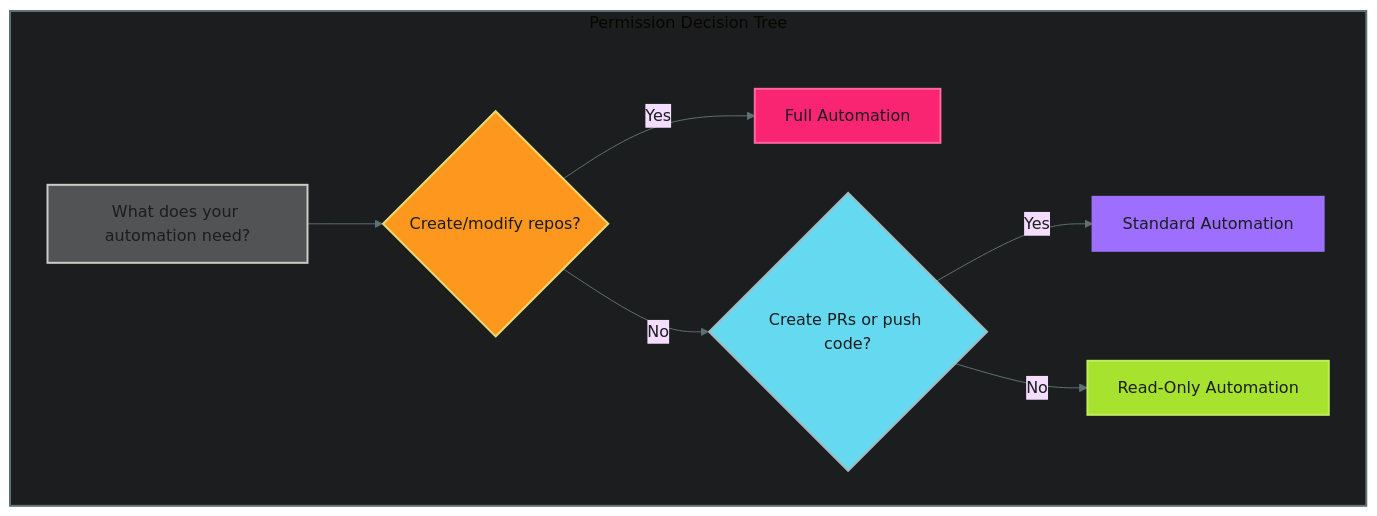
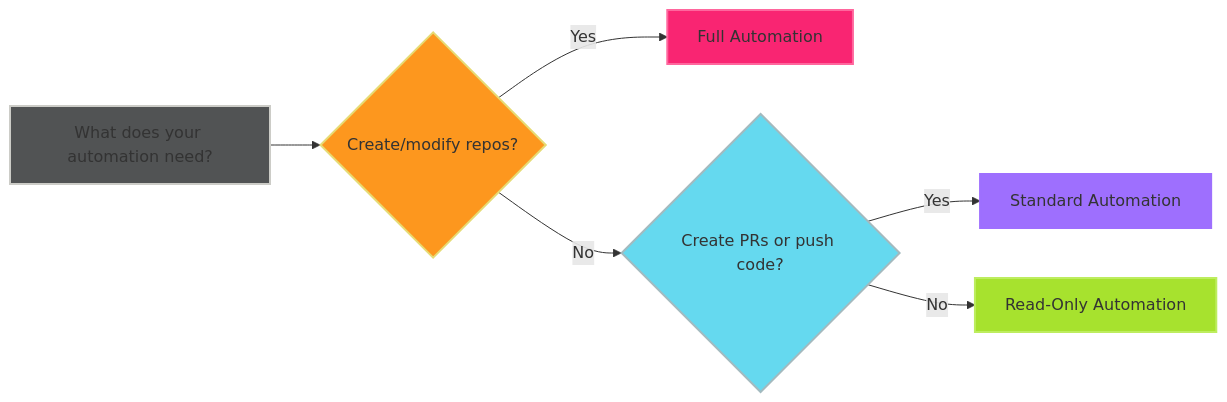
The diagram in docs/operator-manual/github-actions/github-app-setup/permission-patterns.md (adaptive-enforcement-lab/adaptive-enforcement-lab-com), drawn with Mermaid before and after one commit. The commit also changed other lines of this file, not shown here.

Commit message:
Remove subgraph, use heading for Permission Decision Tree

````diff
--- a/docs/operator-manual/github-actions/github-app-setup/permission-patterns.md
+++ b/docs/operator-manual/github-actions/github-app-setup/permission-patterns.md
@@ -73,20 +73,16 @@
 ```mermaid
-%%{init: {'theme': 'base', 'themeVariables': { 'primaryTextColor': '#1b1d1e', 'lineColor': '#5e7175', 'primaryBorderColor': '#5e7175' }}}%%
-flowchart TD
-    subgraph decide ["Permission Decision Tree"]
-        A[What does your automation need?] --> B{Create/modify repos?}
-        B -->|Yes| C[Full Automation]
-        B -->|No| D{Create PRs or push code?}
-        D -->|Yes| E[Standard Automation]
-        D -->|No| F[Read-Only Automation]
-    end
+flowchart LR
+    A[What does your automation need?] --> B{Create/modify repos?}
+    B -->|Yes| C[Full Automation]
+    B -->|No| D{Create PRs or push code?}
+    D -->|Yes| E[Standard Automation]
+    D -->|No| F[Read-Only Automation]
 
     %% Ghostty Hardcore Theme
     style A fill:#515354,stroke:#ccccc7,stroke-width:2px
     style B fill:#fd971e,stroke:#e6db74,stroke-width:2px
     style C fill:#f92572,stroke:#ff669d,stroke-width:2px
     style D fill:#65d9ef,stroke:#a3babf,stroke-width:2px
     style E fill:#9e6ffe,stroke:#9e6ffe,stroke-width:2px
     style F fill:#a7e22e,stroke:#bded5f,stroke-width:2px
-    style decide fill:#1b1d1e,stroke:#5e7175,stroke-width:2px
 ```
````
